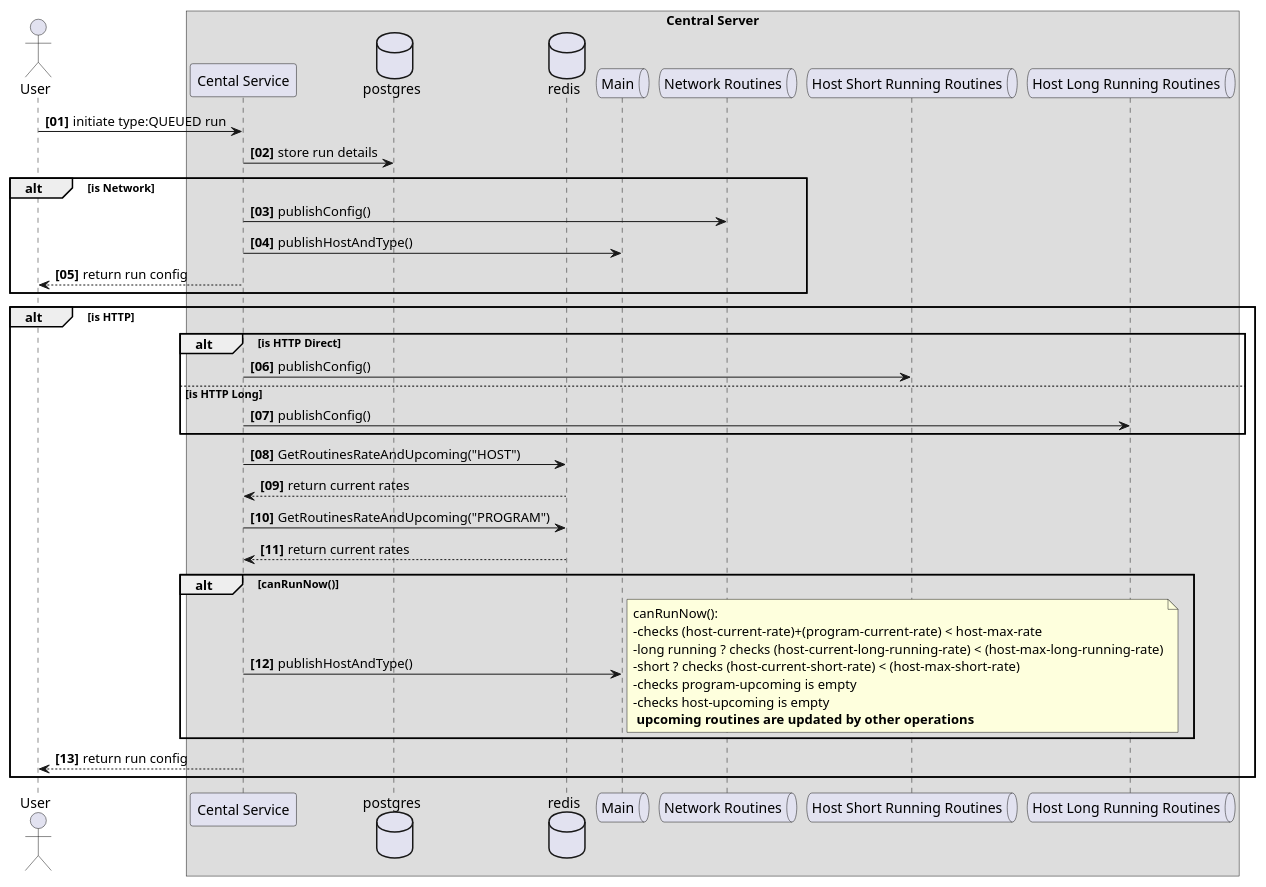
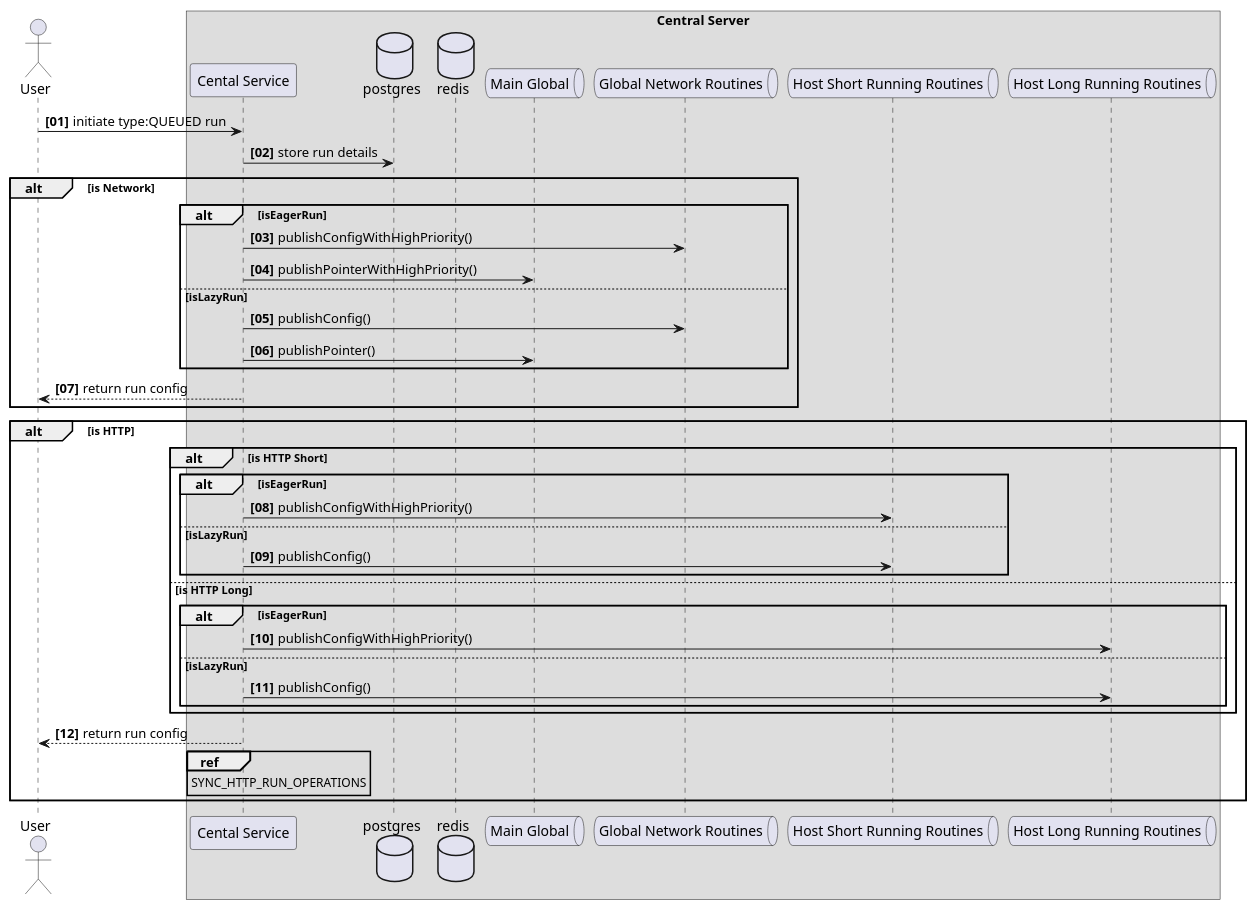
Before and after one commit to anovimous/automata: the diagram in plan/HLD/sequence-diagrams/host-queued-run-initiation.puml, drawn with PlantUML.

Commit message:
docs(routine-run-management): made major changes to the flow of operation host-queued-run-initiation

```diff
--- a/plan/HLD/sequence-diagrams/host-queued-run-initiation.puml
+++ b/plan/HLD/sequence-diagrams/host-queued-run-initiation.puml
@@ -1,51 +1,50 @@
 @startuml
 actor "User" as user
 box "Central Server"
 participant "Cental Service" as api
 database postgres
 database redis
-queue "Main" as mainq
-queue "Network Routines" as networkq
-queue "Host Short Running Routines" as directq
+queue "Main Global" as mainq
+queue "Global Network Routines" as networkq
+queue "Host Short Running Routines" as shortq
 queue "Host Long Running Routines" as longq
 end box
 
 
 autonumber "<b>[00]"
 user -> api : initiate type:QUEUED run
 api -> postgres : store run details
 
-alt is Network 
+alt is Network
+alt isEagerRun
+api -> networkq : publishConfigWithHighPriority()
+api -> mainq : publishPointerWithHighPriority()
+else isLazyRun
 api -> networkq : publishConfig()
-api -> mainq : publishHostAndType()
+api -> mainq : publishPointer()
+end
 api --> user : return run config
 end
 
 alt is HTTP
 
-alt is HTTP Direct
-api -> directq : publishConfig()
+alt is HTTP Short
+alt isEagerRun
+api -> shortq: publishConfigWithHighPriority()
+else isLazyRun
+api -> shortq: publishConfig()
+end
 else is HTTP Long
-api -> longq : publishConfig()
+alt isEagerRun
+api -> longq: publishConfigWithHighPriority()
+else isLazyRun
+api -> longq: publishConfig()
 end
-api -> redis : GetRoutinesRateAndUpcoming("HOST")
-redis --> api : return current rates
-api -> redis : GetRoutinesRateAndUpcoming("PROGRAM")
-redis --> api : return current rates
-
-alt canRunNow()
-api -> mainq : publishHostAndType()
-note right
-canRunNow():
--checks (host-current-rate)+(program-current-rate) < host-max-rate
--long running ? checks (host-current-long-running-rate) < (host-max-long-running-rate)
--short ? checks (host-current-short-rate) < (host-max-short-rate)
--checks program-upcoming is empty
--checks host-upcoming is empty
-<b> upcoming routines are updated by other operations
-end note
 end
 
 api --> user : return run config
+
+ref over api: SYNC_HTTP_RUN_OPERATIONS
+
 end
 @enduml
```
